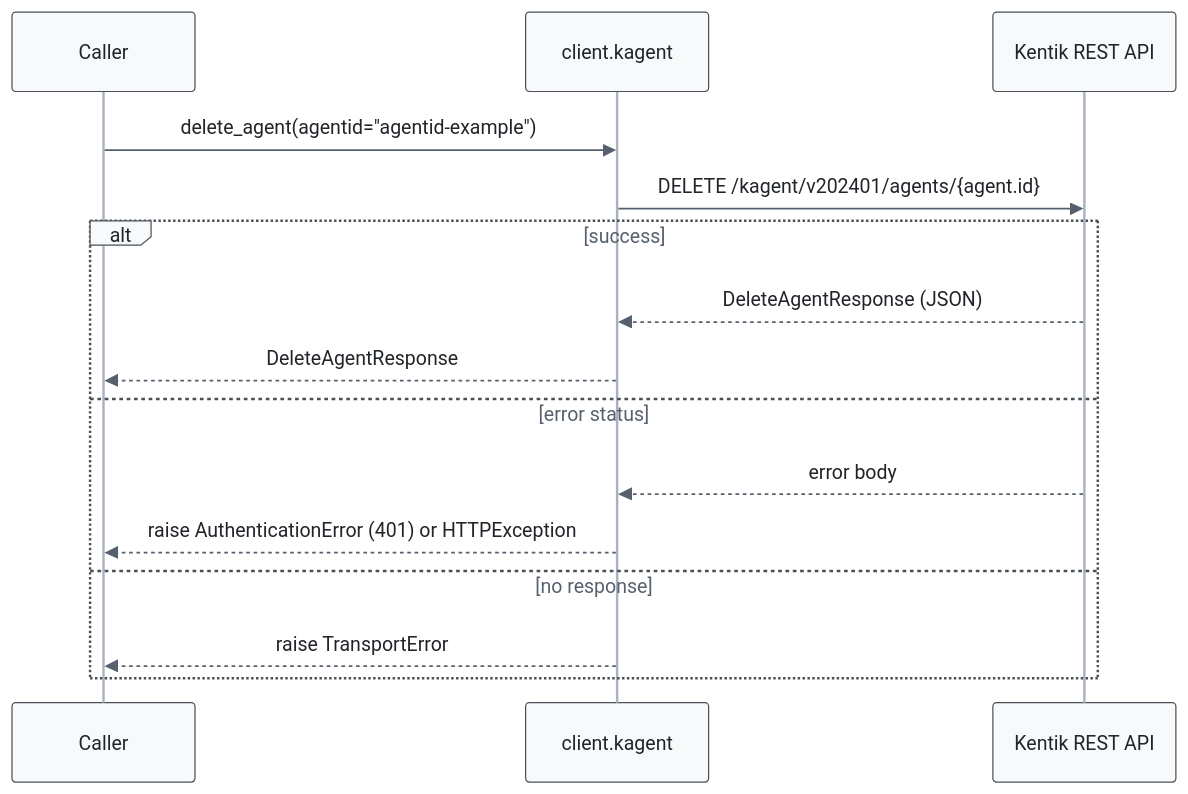
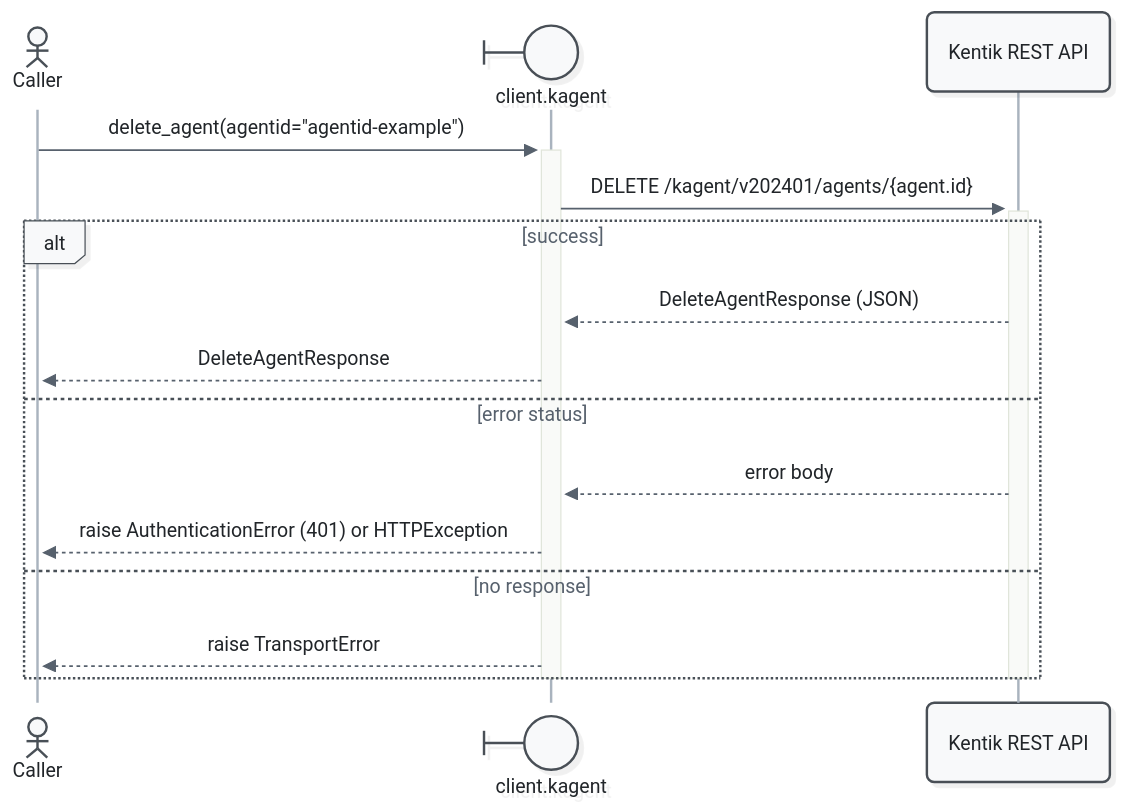
Diagram 13 of 57 in docs/sphinx/services/kagent.md (alexdearaujo/community_sdk_python), drawn with Mermaid before and after one commit. The commit also changed other lines of this file and 52 other files, not shown here.

First line of the commit message:
docs: Mermaid 12 sequence diagrams with participant types and path colors

````diff
--- a/docs/sphinx/services/kagent.md
+++ b/docs/sphinx/services/kagent.md
@@ -511,19 +541,21 @@
 ```mermaid
-%%{init: {"theme": "base", "fontFamily": "ui-monospace, SFMono-Regular, Menlo, monospace", "themeVariables": {"fontFamily": "ui-monospace, SFMono-Regular, Menlo, monospace", "primaryColor": "#f8f9fa", "primaryBorderColor": "#495057", "primaryTextColor": "#212529", "textColor": "#212529", "lineColor": "#77818c", "edgeLabelBackground": "#ffffff", "actorBkg": "#f8f9fa", "actorBorder": "#495057", "actorTextColor": "#212529", "actorLineColor": "#a9b3be", "signalColor": "#57616d", "signalTextColor": "#212529", "labelBoxBkgColor": "#f8f9fa", "labelBoxBorderColor": "#495057", "labelTextColor": "#212529", "loopTextColor": "#57616d", "noteBkgColor": "#fff9db", "noteBorderColor": "#f08c00", "noteTextColor": "#a35a00"}, "flowchart": {"curve": "step", "nodeSpacing": 30, "rankSpacing": 70, "wrappingWidth": 400}}}%%
+%%{init: {"theme": "redux", "look": "neo", "layout": "dagre", "fontFamily": "ui-monospace, SFMono-Regular, Menlo, monospace", "themeVariables": {"fontFamily": "ui-monospace, SFMono-Regular, Menlo, monospace", "primaryColor": "#f8f9fa", "primaryBorderColor": "#495057", "primaryTextColor": "#212529", "textColor": "#212529", "lineColor": "#77818c", "edgeLabelBackground": "#ffffff", "actorBkg": "#f8f9fa", "actorBorder": "#495057", "actorTextColor": "#212529", "actorLineColor": "#a9b3be", "signalColor": "#57616d", "signalTextColor": "#212529", "labelBoxBkgColor": "#f8f9fa", "labelBoxBorderColor": "#495057", "labelTextColor": "#212529", "loopTextColor": "#57616d", "noteBkgColor": "#fff9db", "noteBorderColor": "#f08c00", "noteTextColor": "#a35a00"}, "sequence": {"activationWidth": 16}, "flowchart": {"curve": "step", "nodeSpacing": 30, "rankSpacing": 70, "wrappingWidth": 400}}}%%
 sequenceDiagram
-    participant C as Caller
-    participant W as client.kagent
+    actor C as Caller
+    participant W@{ "type": "boundary" } as client.kagent
     participant API as Kentik REST API
 
-    C->>W: delete_agent(agentid="agentid-example")
-    W->>API: DELETE /kagent/v202401/agents/{agent.id}
+    C->>+W: delete_agent(agentid="agentid-example")
+    W->>+API: DELETE /kagent/v202401/agents/{agent.id}
     alt success
         API-->>W: DeleteAgentResponse (JSON)
         W-->>C: DeleteAgentResponse
     else error status
         API-->>W: error body
         W-->>C: raise AuthenticationError (401) or HTTPException
     else no response
         W-->>C: raise TransportError
     end
+    deactivate API
+    deactivate W
 ```
````
